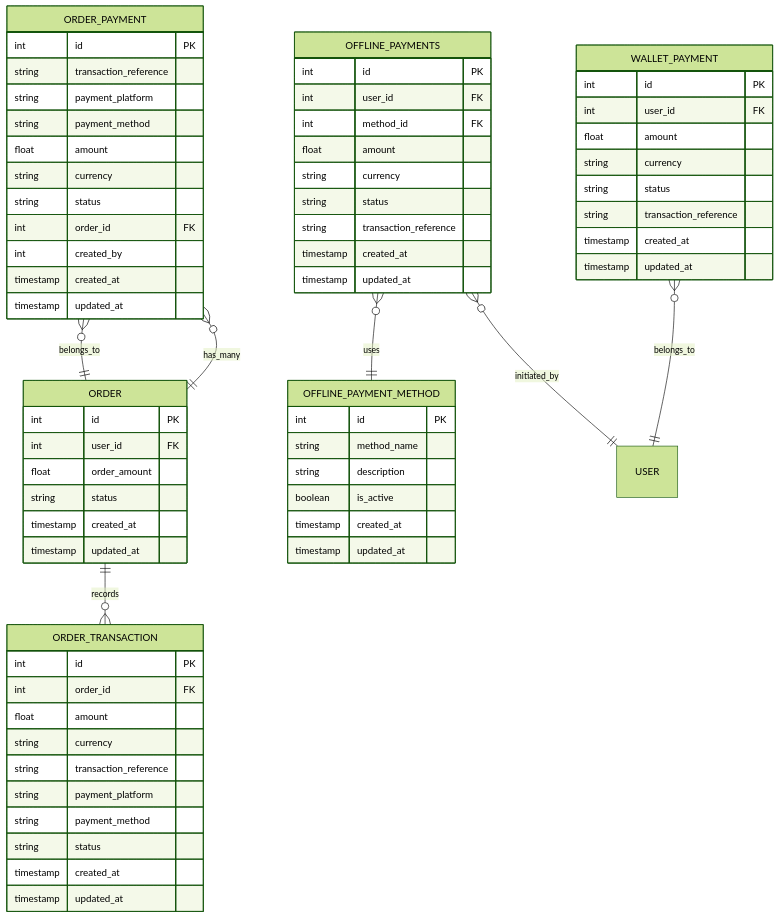
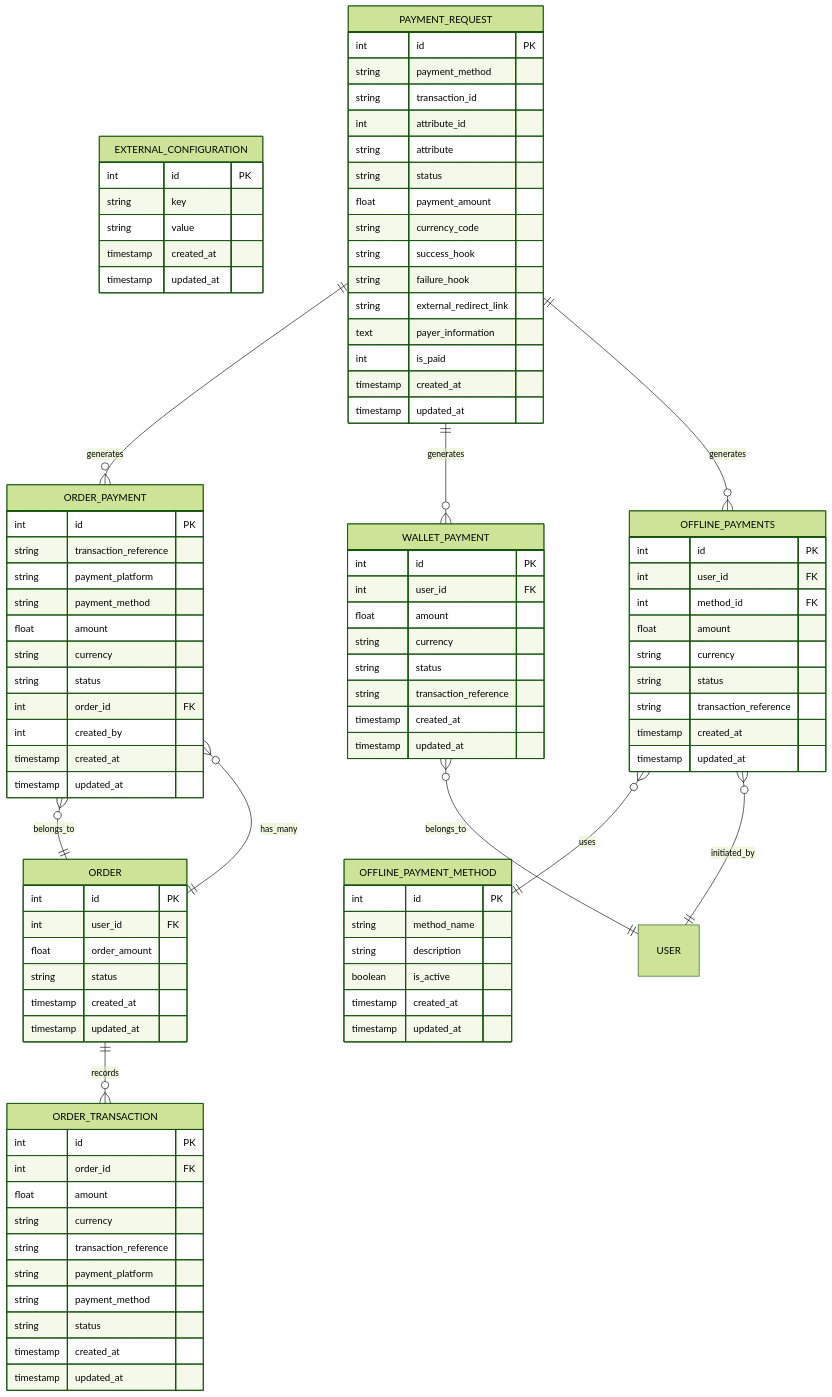
One commit to Hamdies/waddy_back changed the sixth of 10 diagrams in .qoder/repowiki/en/content/Payment Processing System/Payment Processing System.md. Above: the diagram before and after it, drawn with Mermaid (forest theme). The commit also changed other lines of this file and 4 other files, not shown here.

````diff
--- a/.qoder/repowiki/en/content/Payment Processing System/Payment Processing System.md
+++ b/.qoder/repowiki/en/content/Payment Processing System/Payment Processing System.md
@@ -411,10 +435,37 @@
 timestamp created_at
 timestamp updated_at
 }
+EXTERNAL_CONFIGURATION {
+int id PK
+string key
+string value
+timestamp created_at
+timestamp updated_at
+}
+PAYMENT_REQUEST {
+int id PK
+string payment_method
+string transaction_id
+int attribute_id
+string attribute
+string status
+float payment_amount
+string currency_code
+string success_hook
+string failure_hook
+string external_redirect_link
+text payer_information
+int is_paid
+timestamp created_at
+timestamp updated_at
+}
 ORDER ||--o{ ORDER_PAYMENT : "has_many"
 ORDER ||--o{ ORDER_TRANSACTION : "records"
 ORDER_PAYMENT }o--|| ORDER : "belongs_to"
 WALLET_PAYMENT }o--|| USER : "belongs_to"
 OFFLINE_PAYMENTS }o--|| OFFLINE_PAYMENT_METHOD : "uses"
 OFFLINE_PAYMENTS }o--|| USER : "initiated_by"
+PAYMENT_REQUEST ||--o{ ORDER_PAYMENT : "generates"
+PAYMENT_REQUEST ||--o{ WALLET_PAYMENT : "generates"
+PAYMENT_REQUEST ||--o{ OFFLINE_PAYMENTS : "generates"
 ```
````
